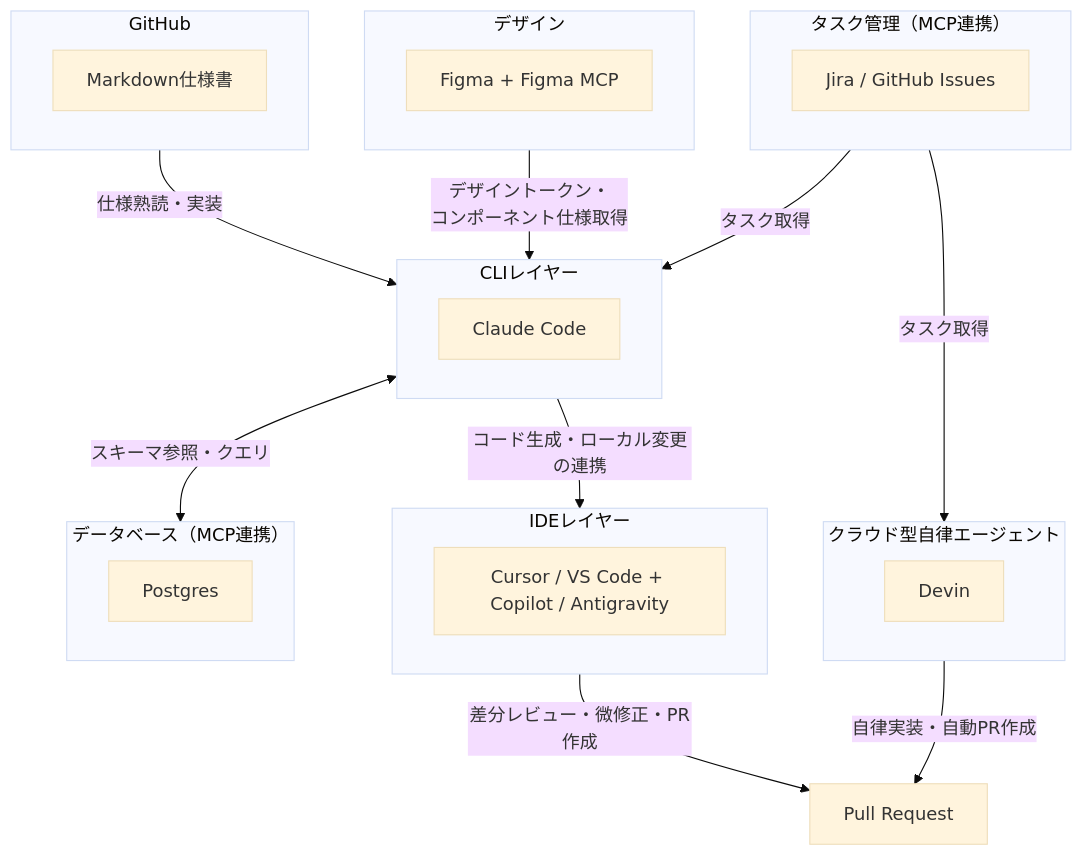
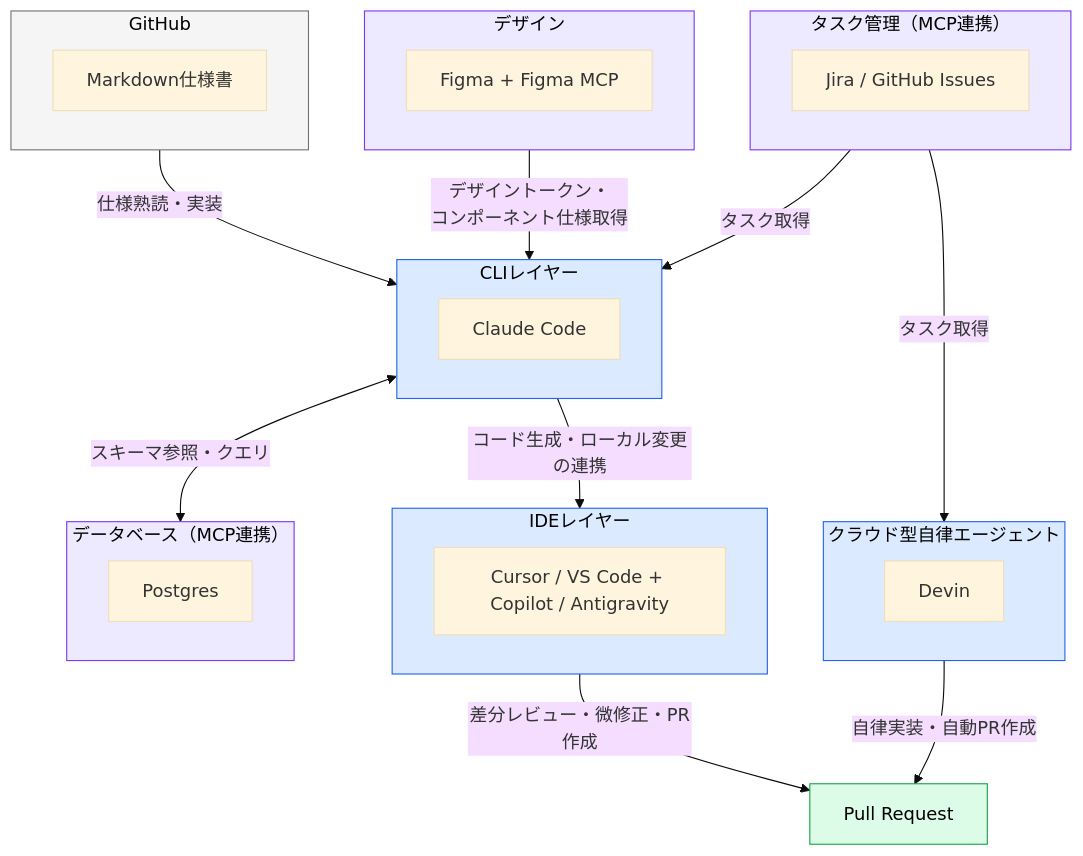
Before and after one commit to takuma39/ai: diagram 15 of 44 in AI駆動開発.md, drawn with Mermaid (base theme). The commit also changed other lines of this file, not shown here.

````diff
--- a/AI駆動開発.md
+++ b/AI駆動開発.md
@@ -512,41 +546,50 @@
 ```mermaid
 graph TD
     subgraph github["GitHub"]
         MD["Markdown仕様書"]
     end
 
     subgraph figma_ui["デザイン"]
         Figma["Figma + Figma MCP"]
     end
 
     subgraph cli["CLIレイヤー"]
         CC["Claude Code"]
     end
 
     subgraph ide["IDEレイヤー"]
         Cursor["Cursor / VS Code + Copilot / Antigravity"]
     end
 
     subgraph saas_agent["クラウド型自律エージェント"]
         Devin["Devin"]
     end
 
     subgraph database["データベース（MCP連携）"]
         DB["Postgres"]
     end
 
     subgraph tasks["タスク管理（MCP連携）"]
         Jira["Jira / GitHub Issues"]
     end
 
     PR["Pull Request"]
 
     github -->|"仕様熟読・実装"| cli
     figma_ui -->|"デザイントークン・<br/>コンポーネント仕様取得"| cli
     tasks -->|"タスク取得"| cli
     cli <-->|"スキーマ参照・クエリ"| database
     cli -->|"コード生成・ローカル変更の連携"| ide
     ide -->|"差分レビュー・微修正・PR作成"| PR
     tasks -->|"タスク取得"| saas_agent
     saas_agent -->|"自律実装・自動PR作成"| PR
+
+    style github fill:#f5f5f5,stroke:#6c757d,color:#000
+    style figma_ui fill:#ede9fe,stroke:#7c3aed,color:#000
+    style cli fill:#dbeafe,stroke:#2563eb,color:#000
+    style ide fill:#dbeafe,stroke:#2563eb,color:#000
+    style saas_agent fill:#dbeafe,stroke:#2563eb,color:#000
+    style database fill:#ede9fe,stroke:#7c3aed,color:#000
+    style tasks fill:#ede9fe,stroke:#7c3aed,color:#000
+    style PR fill:#dcfce7,stroke:#16a34a,color:#000
 ```
````
